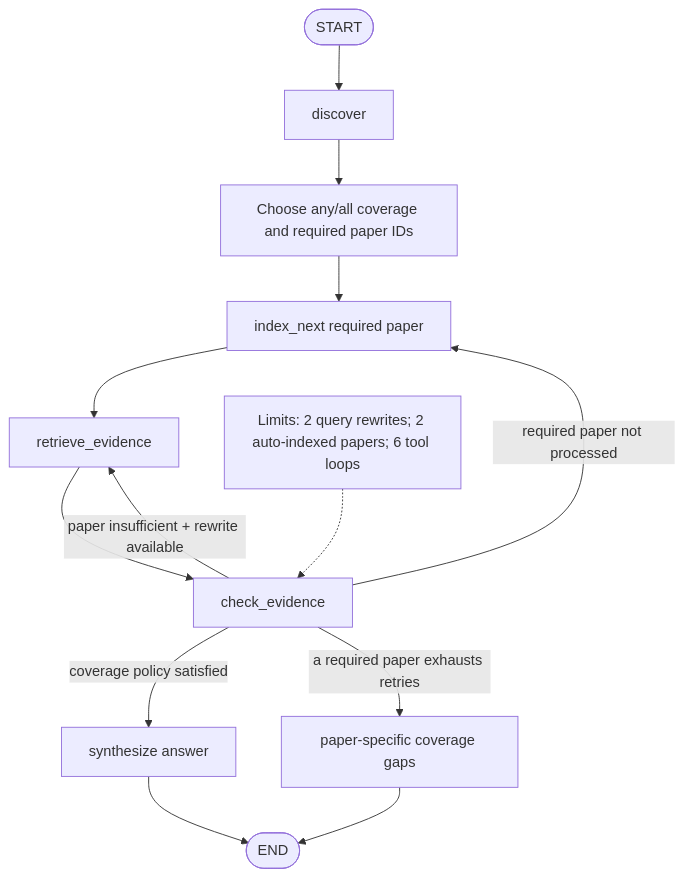
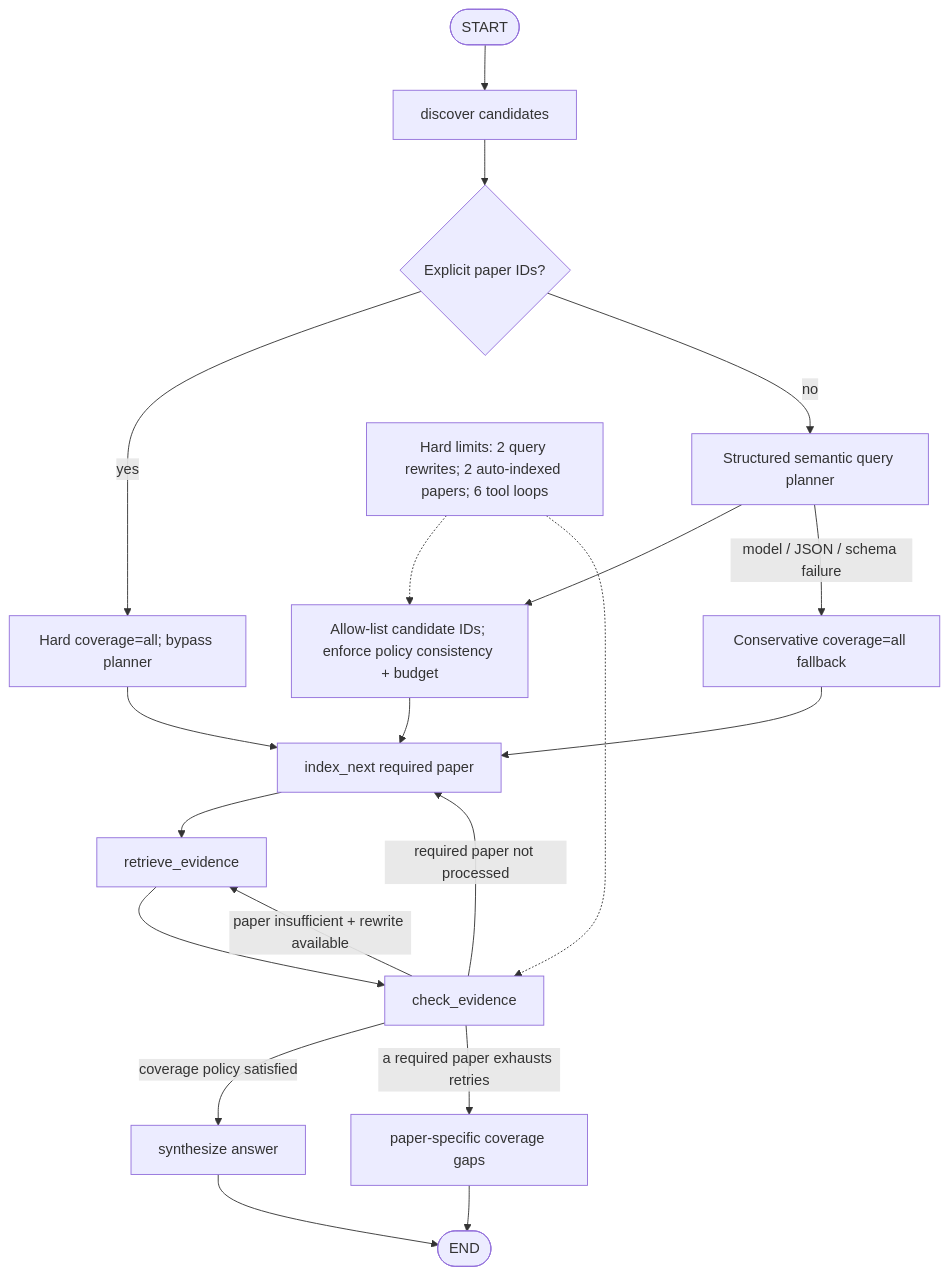
The third of 11 diagrams in docs/SYSTEM_VISUALIZATION.md (TQC0103/scientific-research-agent), drawn with Mermaid before and after one commit. The commit also changed other lines of this file and 10 other files, not shown here.

Commit message:
Add structured query planner

````diff
--- a/docs/SYSTEM_VISUALIZATION.md
+++ b/docs/SYSTEM_VISUALIZATION.md
@@ -54,18 +56,25 @@
 ```mermaid
 flowchart TD
-    START(["START"]) --> DISCOVER["discover"]
-    DISCOVER --> COVERAGE["Choose any/all coverage and required paper IDs"]
-    COVERAGE --> INDEX["index_next required paper"]
+    START(["START"]) --> DISCOVER["discover candidates"]
+    DISCOVER --> EXPLICIT{"Explicit paper IDs?"}
+    EXPLICIT -->|"yes"| HARD["Hard coverage=all; bypass planner"]
+    EXPLICIT -->|"no"| PLAN["Structured semantic query planner"]
+    PLAN --> VALIDATE["Allow-list candidate IDs; enforce policy consistency + budget"]
+    PLAN -->|"model / JSON / schema failure"| FALLBACK["Conservative coverage=all fallback"]
+    HARD --> INDEX["index_next required paper"]
+    VALIDATE --> INDEX
+    FALLBACK --> INDEX
     INDEX --> RETRIEVE["retrieve_evidence"]
     RETRIEVE --> CHECK["check_evidence"]
 
     CHECK -->|"coverage policy satisfied"| SYNTH["synthesize answer"]
     CHECK -->|"paper insufficient + rewrite available"| RETRIEVE
     CHECK -->|"required paper not processed"| INDEX
     CHECK -->|"a required paper exhausts retries"| ABSTAIN["paper-specific coverage gaps"]
 
     SYNTH --> END(["END"])
     ABSTAIN --> END
 
-    LIMITS["Limits: 2 query rewrites; 2 auto-indexed papers; 6 tool loops"] -.-> CHECK
+    LIMITS["Hard limits: 2 query rewrites; 2 auto-indexed papers; 6 tool loops"] -.-> VALIDATE
+    LIMITS -.-> CHECK
 ```
````
